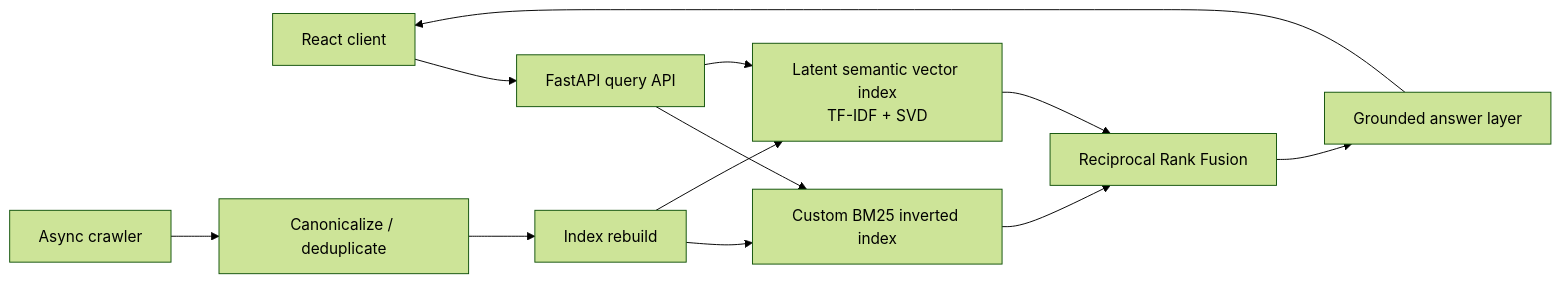
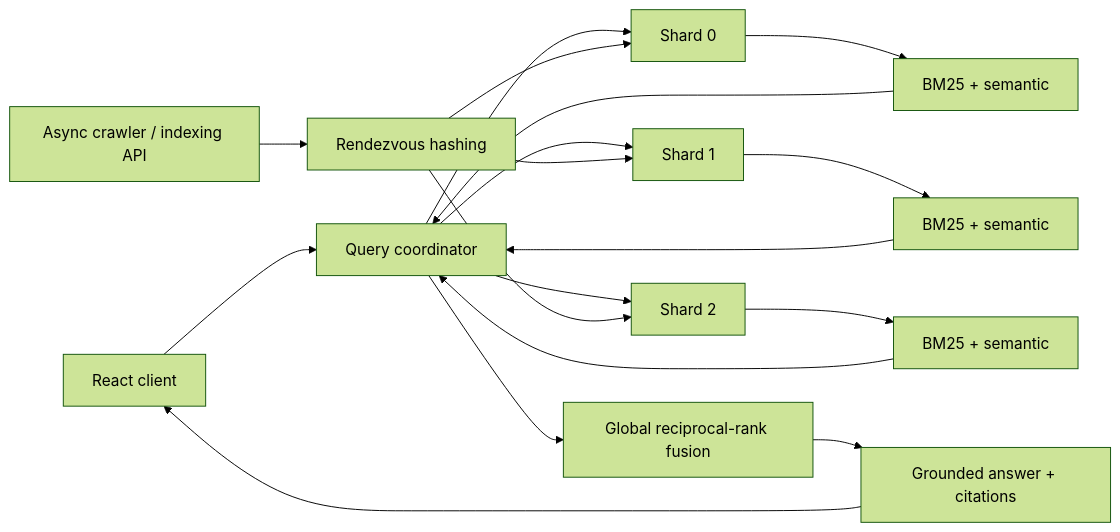
The diagram in README.md (samgulati/nexus-search), drawn with Mermaid (forest theme) before and after one commit. The commit also changed other lines of this file and 12 other files, not shown here.

````diff
--- a/README.md
+++ b/README.md
@@ -13,15 +7,23 @@
 ```mermaid
 flowchart LR
-    U[React client] --> API[FastAPI query API]
-    API --> B[Custom BM25 inverted index]
-    API --> S[Latent semantic vector index\nTF-IDF + SVD]
-    B --> R[Reciprocal Rank Fusion]
-    S --> R
-    R --> G[Grounded answer layer]
+    U[React client] --> C[Query coordinator]
+    C --> S0[Shard 0]
+    C --> S1[Shard 1]
+    C --> S2[Shard 2]
+
+    S0 --> B0[BM25 + semantic]
+    S1 --> B1[BM25 + semantic]
+    S2 --> B2[BM25 + semantic]
+
+    B0 --> C
+    B1 --> C
+    B2 --> C
+    C --> R[Global reciprocal-rank fusion]
+    R --> G[Grounded answer + citations]
     G --> U
 
-    C[Async crawler] --> D[Canonicalize / deduplicate]
-    D --> I[Index rebuild]
-    I --> B
-    I --> S
+    W[Async crawler / indexing API] --> H[Rendezvous hashing]
+    H --> S0
+    H --> S1
+    H --> S2
 ```
````
